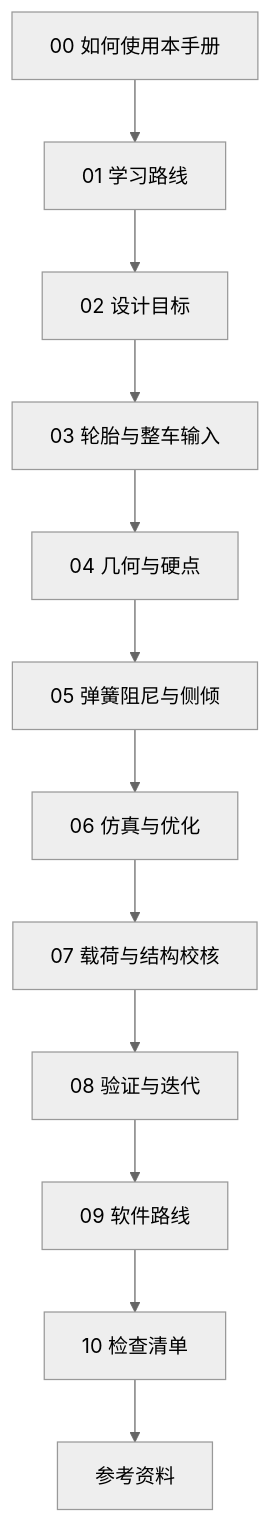
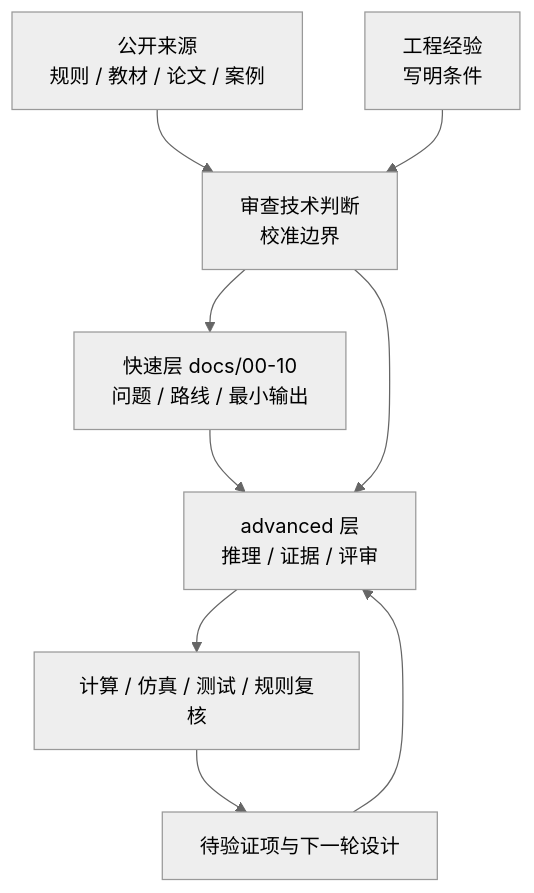
Before and after one commit to onebulletkick/suspension_opensource: the diagram in docs/00-overview.md, drawn with Mermaid (neutral theme). The commit also changed other lines of this file and 2 other files, not shown here.

````diff
--- a/docs/00-overview.md
+++ b/docs/00-overview.md
@@ -35,14 +30,11 @@
 ```mermaid
 flowchart TD
-  A["00 如何使用本手册"] --> B["01 学习路线"]
-  B --> C["02 设计目标"]
-  C --> D["03 轮胎与整车输入"]
-  D --> E["04 几何与硬点"]
-  E --> F["05 弹簧阻尼与侧倾"]
-  F --> G["06 仿真与优化"]
-  G --> H["07 载荷与结构校核"]
-  H --> I["08 验证与迭代"]
-  I --> J["09 软件路线"]
-  J --> K["10 检查清单"]
-  K --> L["参考资料"]
+  A["快速层 docs/00-10<br>问题 / 路线 / 最小输出"] --> B["advanced 层<br>推理 / 证据 / 评审"]
+  C["公开来源<br>规则 / 教材 / 论文 / 案例"] --> D["审查技术判断<br>校准边界"]
+  E["工程经验<br>写明条件"] --> D
+  D --> A
+  D --> B
+  B --> F["计算 / 仿真 / 测试 / 规则复核"]
+  F --> G["待验证项与下一轮设计"]
+  G --> B
 ```
````
